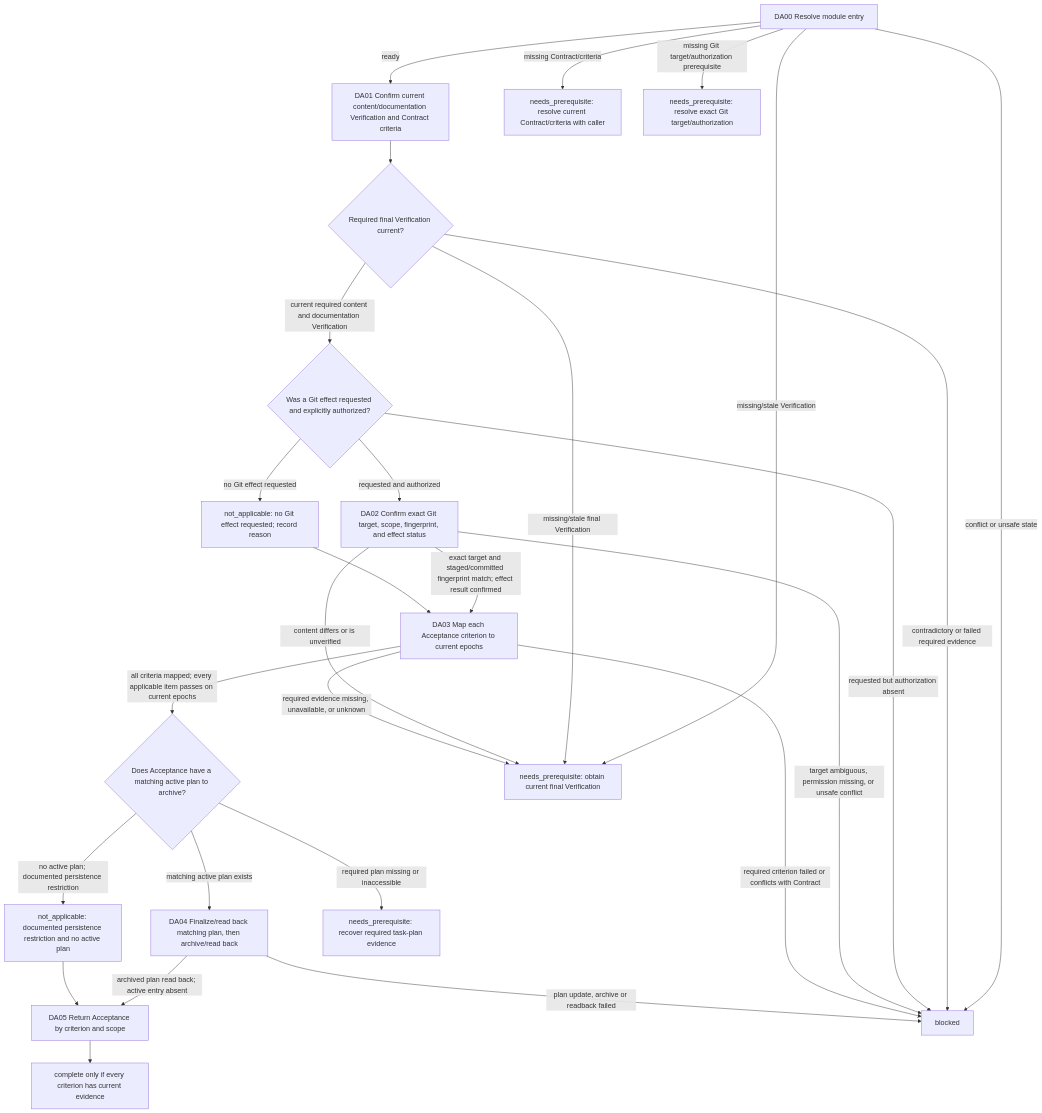
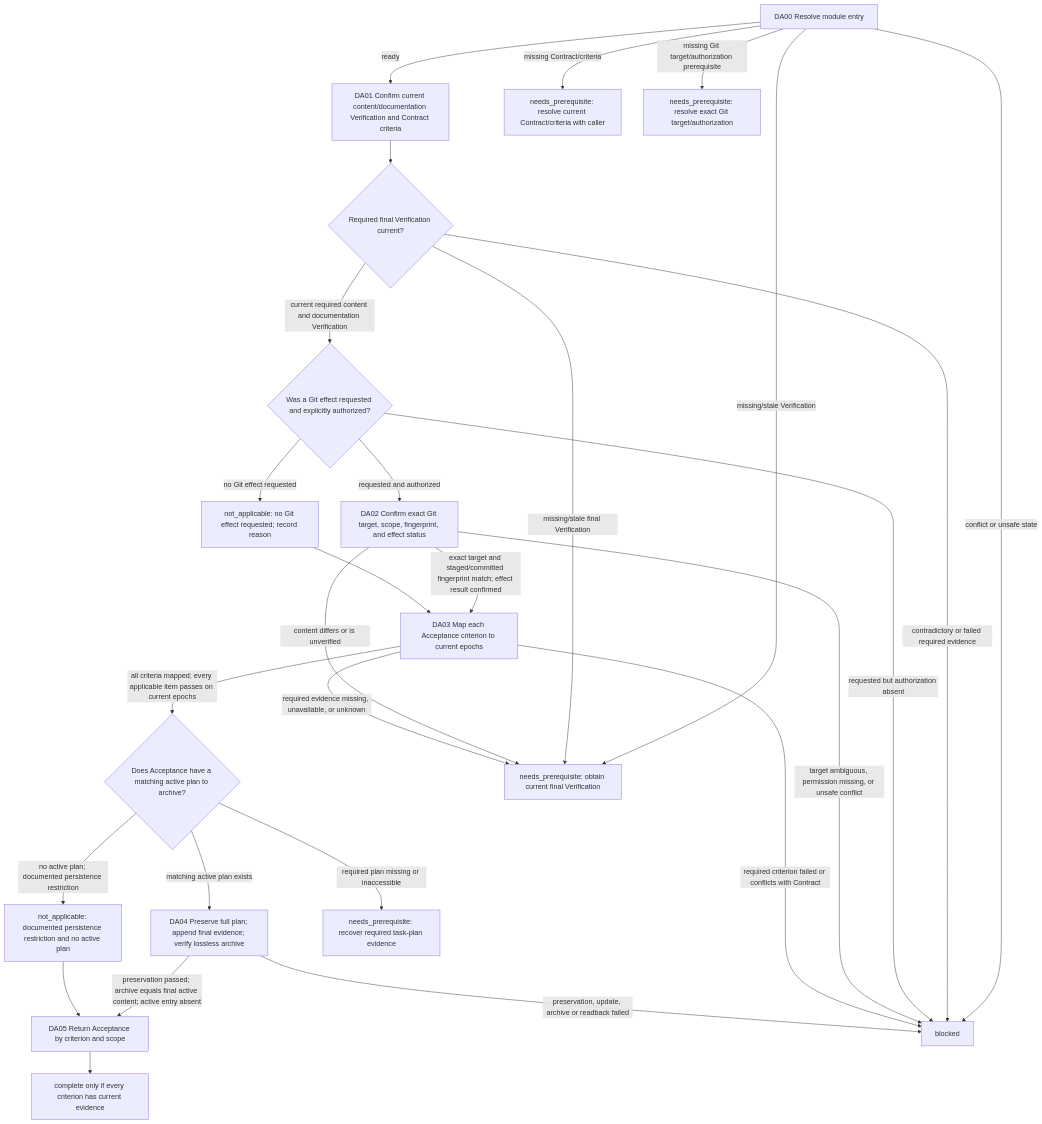
The diagram in references/coding/layer-04-workflows/modules/delivery-acceptance.md (john-z-huang/token-io-decoupling), drawn with Mermaid before and after one commit. The commit also changed other lines of this file and 9 other files, not shown here.

````diff
--- a/references/coding/layer-04-workflows/modules/delivery-acceptance.md
+++ b/references/coding/layer-04-workflows/modules/delivery-acceptance.md
@@ -19,46 +19,46 @@
 ```mermaid
 flowchart TD
     DA00["DA00 Resolve module entry"]
     DA01["DA01 Confirm current content/documentation Verification and Contract criteria"]
     D_VERIFIED{"Required final Verification current?"}
     D_GIT{"Was a Git effect requested and explicitly authorized?"}
     DA02["DA02 Confirm exact Git target, scope, fingerprint, and effect status"]
     DA03["DA03 Map each Acceptance criterion to current epochs"]
     D_PLAN{"Does Acceptance have a matching active plan to archive?"}
-    DA04["DA04 Finalize/read back matching plan, then archive/read back"]
+    DA04["DA04 Preserve full plan; append final evidence; verify lossless archive"]
     DA05["DA05 Return Acceptance by criterion and scope"]
     DA_DONE["complete only if every criterion has current evidence"]
     DA_GIT_NA["not_applicable: no Git effect requested; record reason"]
     DA_PLAN_NA["not_applicable: documented persistence restriction and no active plan"]
     DA_NEEDS_PLAN["needs_prerequisite: recover required task-plan evidence"]
     DA_NEEDS_VERIFICATION["needs_prerequisite: obtain current final Verification"]
     DA_NEEDS_CONTRACT["needs_prerequisite: resolve current Contract/criteria with caller"]
     DA_NEEDS_GIT["needs_prerequisite: resolve exact Git target/authorization"]
     DA_BLOCK["blocked"]
     DA00 -- ready --> DA01
     DA00 -- missing Contract/criteria --> DA_NEEDS_CONTRACT
     DA00 -- missing/stale Verification --> DA_NEEDS_VERIFICATION
     DA00 -- missing Git target/authorization prerequisite --> DA_NEEDS_GIT
     DA00 -- conflict or unsafe state --> DA_BLOCK
     DA01 --> D_VERIFIED
     D_VERIFIED -- current required content and documentation Verification --> D_GIT
     D_VERIFIED -- missing/stale final Verification --> DA_NEEDS_VERIFICATION
     D_VERIFIED -- contradictory or failed required evidence --> DA_BLOCK
     D_GIT -- requested and authorized --> DA02
     D_GIT -- no Git effect requested --> DA_GIT_NA
     D_GIT -- requested but authorization absent --> DA_BLOCK
     DA02 -- exact target and staged/committed fingerprint match; effect result confirmed --> DA03
     DA02 -- content differs or is unverified --> DA_NEEDS_VERIFICATION
     DA02 -- target ambiguous, permission missing, or unsafe conflict --> DA_BLOCK
     DA_GIT_NA --> DA03
     DA03 -- all criteria mapped; every applicable item passes on current epochs --> D_PLAN
     DA03 -- required evidence missing, unavailable, or unknown --> DA_NEEDS_VERIFICATION
     DA03 -- required criterion failed or conflicts with Contract --> DA_BLOCK
     D_PLAN -- matching active plan exists --> DA04
     D_PLAN -- no active plan; documented persistence restriction --> DA_PLAN_NA
     D_PLAN -- required plan missing or inaccessible --> DA_NEEDS_PLAN
-    DA04 -- archived plan read back; active entry absent --> DA05
-    DA04 -- plan update, archive or readback failed --> DA_BLOCK
+    DA04 -- preservation passed; archive equals final active content; active entry absent --> DA05
+    DA04 -- preservation, update, archive or readback failed --> DA_BLOCK
     DA_PLAN_NA --> DA05
     DA05 --> DA_DONE
 ```
````
